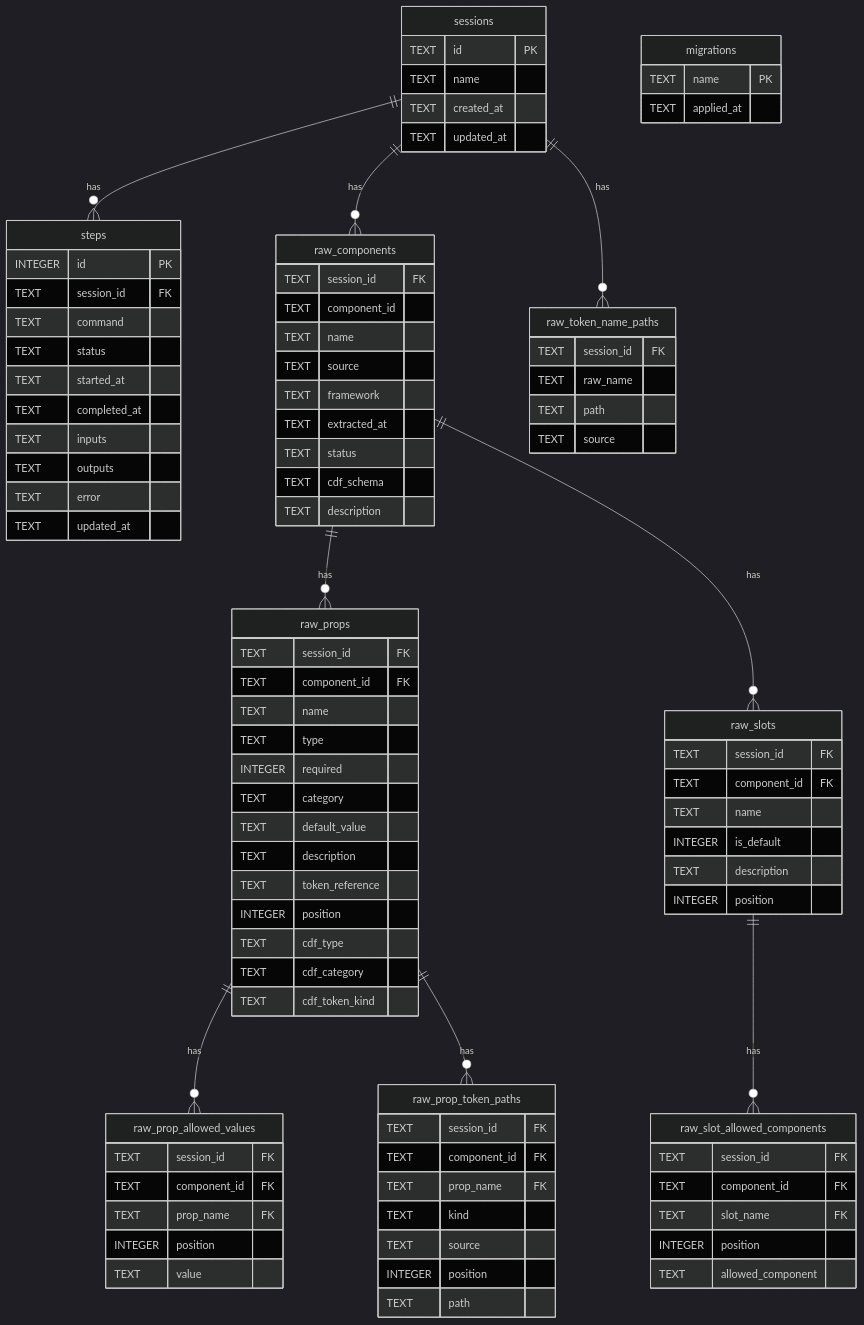
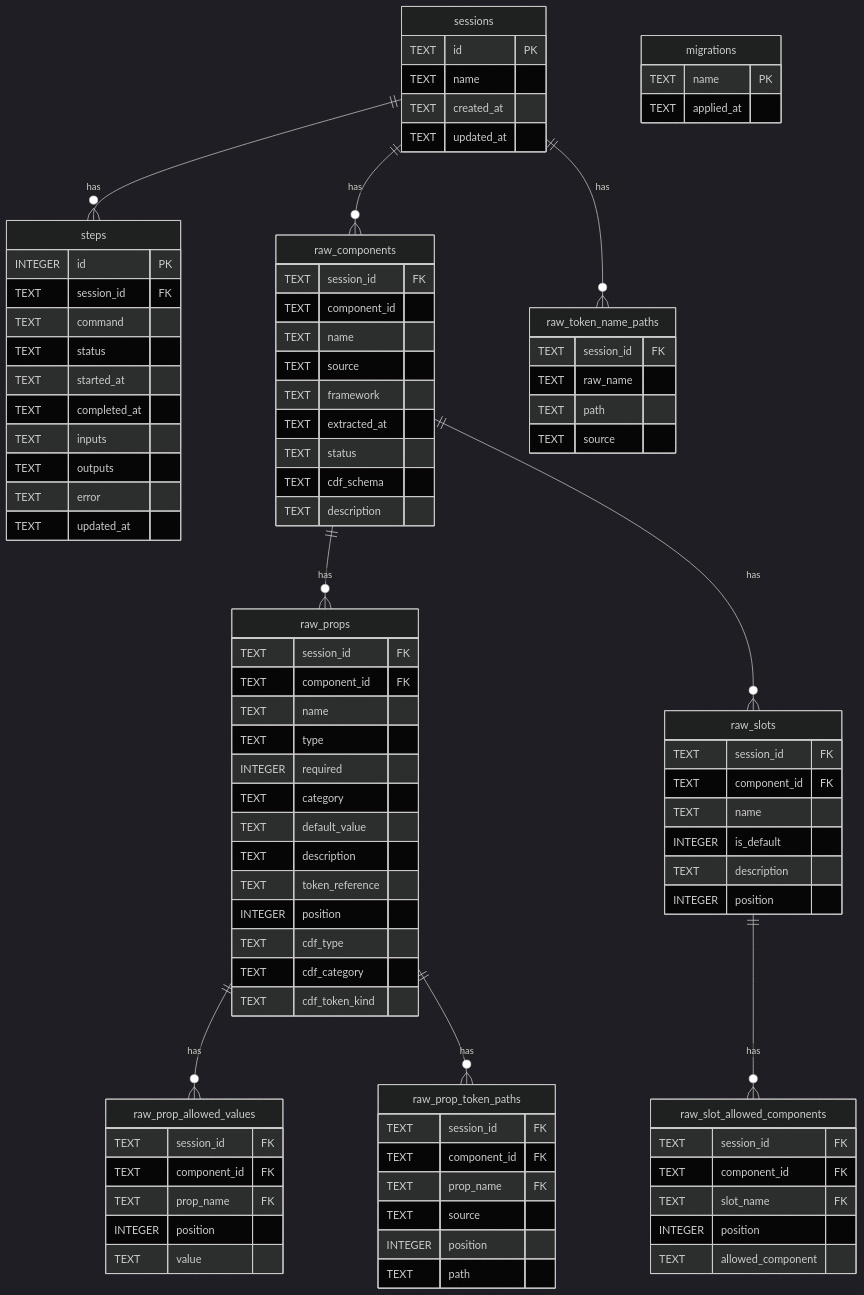
One commit to contentful/experience-design-system-sdk-public changed the first of 3 diagrams in ARCHITECTURE.md. Above: the diagram before and after it, drawn with Mermaid (dark theme). The commit also changed other lines of this file and 1 other file, not shown here.

```diff
--- a/ARCHITECTURE.md
+++ b/ARCHITECTURE.md
@@ -242,7 +244,6 @@
         TEXT session_id FK
         TEXT component_id FK
         TEXT prop_name FK
-        TEXT kind
         TEXT source
         INTEGER position
         TEXT path
```
